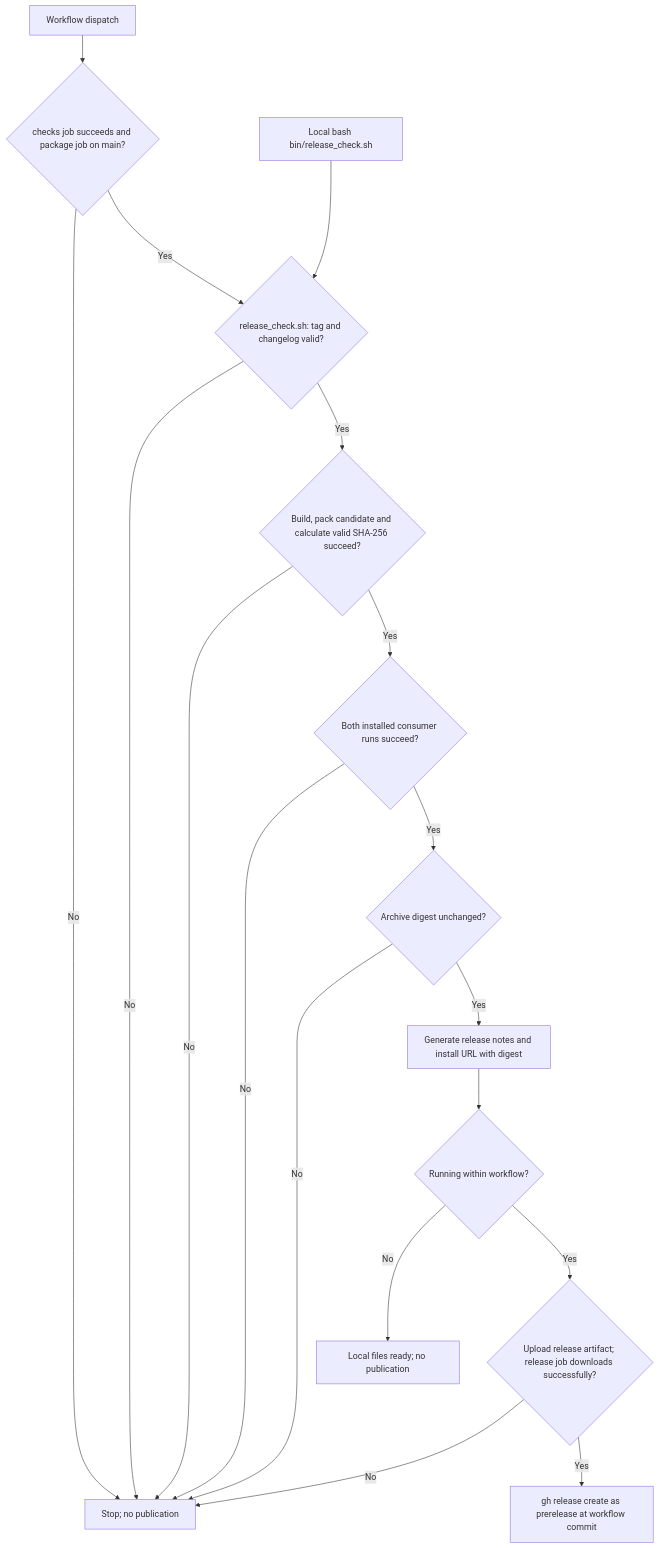
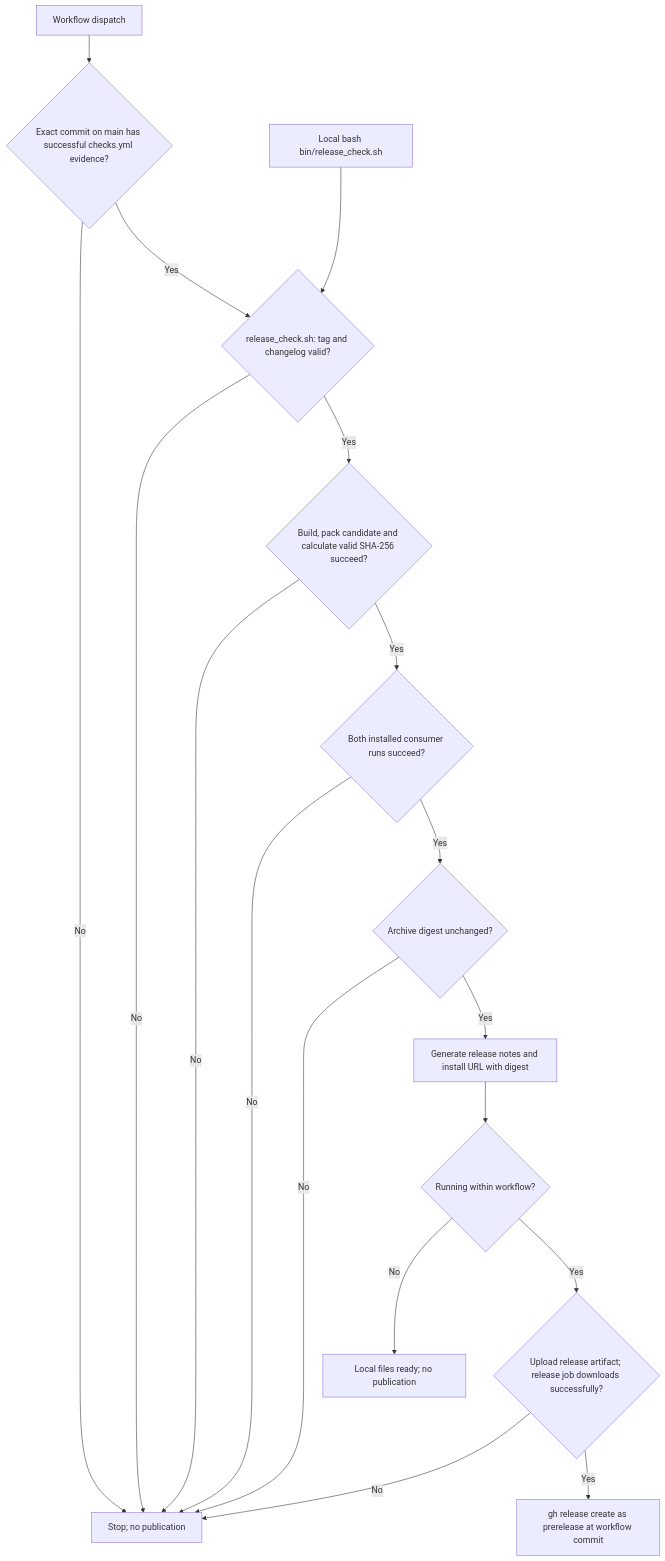
Before and after one commit to Kevinjohn/oss-adonisjs-confirm-action-with-password: the second of 2 diagrams in user-stories/US-CONFIRM-08-verify-release-archive.md, drawn with Mermaid. The commit also changed other lines of this file and 3 other files, not shown here.

Commit message:
Reuse successful CI in the release workflow

````diff
--- a/user-stories/US-CONFIRM-08-verify-release-archive.md
+++ b/user-stories/US-CONFIRM-08-verify-release-archive.md
@@ -34,20 +35,20 @@
 ```mermaid
 flowchart TD
-    A["Workflow dispatch"] --> B{"checks job succeeds and package job on main?"}
+    A["Workflow dispatch"] --> B{"Exact commit on main has successful checks.yml evidence?"}
     B -->|No| X["Stop; no publication"]
     B -->|Yes| C{"release_check.sh: tag and changelog valid?"}
     L["Local bash bin/release_check.sh"] --> C
     C -->|No| X
     C -->|Yes| P{"Build, pack candidate and calculate valid SHA-256 succeed?"}
     P -->|No| X
     P -->|Yes| G{"Both installed consumer runs succeed?"}
     G -->|No| X
     G -->|Yes| H{"Archive digest unchanged?"}
     H -->|No| X
     H -->|Yes| N["Generate release notes and install URL with digest"]
     N --> T{"Running within workflow?"}
     T -->|No| O["Local files ready; no publication"]
     T -->|Yes| U{"Upload release artifact; release job downloads successfully?"}
     U -->|No| X
     U -->|Yes| R["gh release create as prerelease at workflow commit"]
 ```
````
